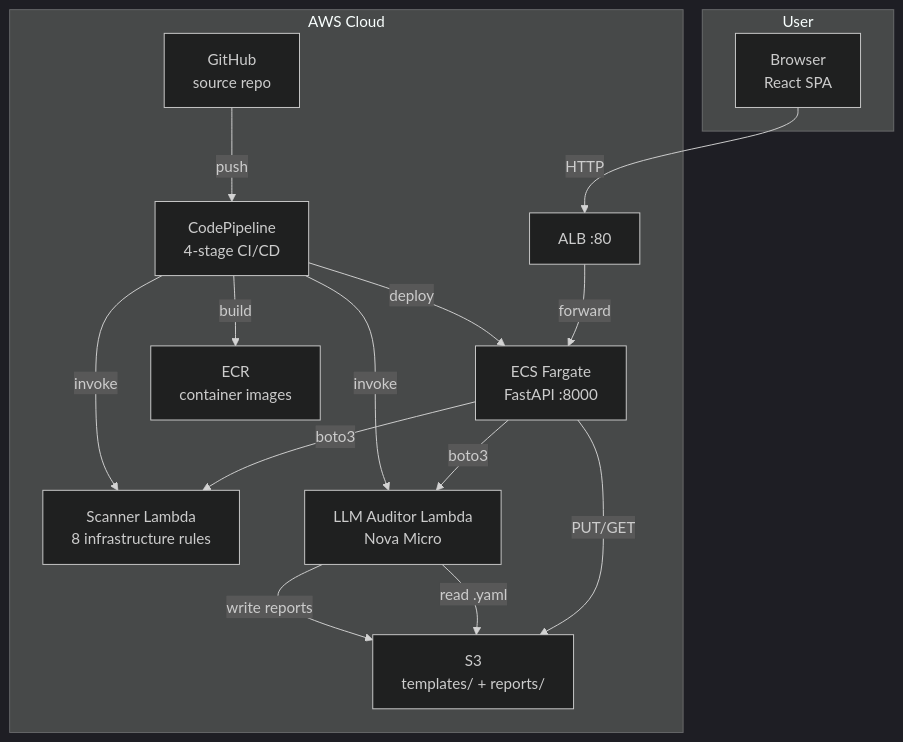
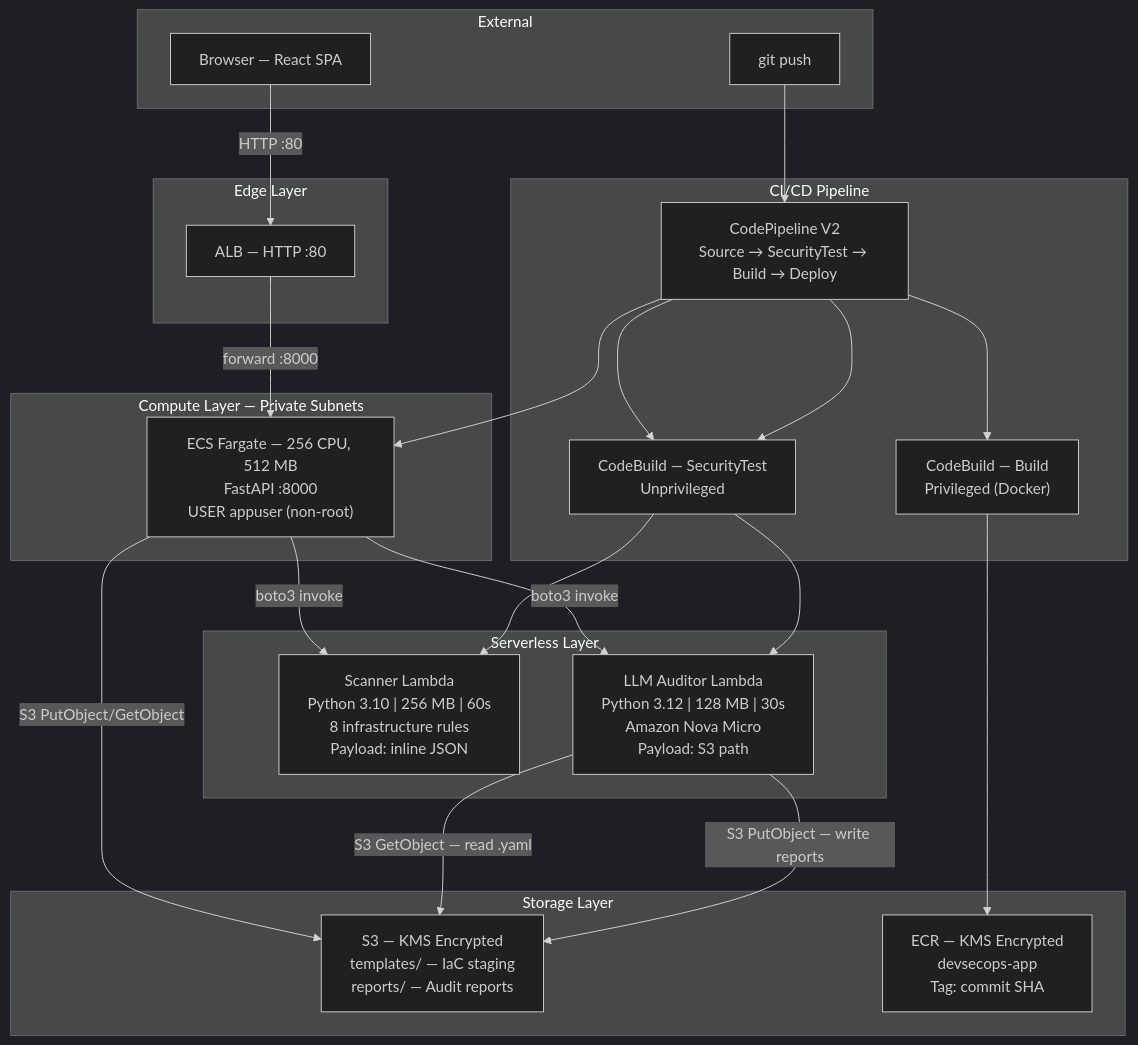
One commit to WongChinPang/DevSecOps-Pipeline changed the first of 6 diagrams in REPORT.md. Above: the diagram before and after it, drawn with Mermaid (dark theme). The commit also changed other lines of this file, not shown here.

Commit message:
docs: final corrected report — 6 sections, 18 tables, 6 diagrams, third-person, all facts verified against codebase

````diff
--- a/REPORT.md
+++ b/REPORT.md
@@ -16,27 +104,38 @@
 ```mermaid
 graph TB
-    subgraph User["User"]
-        Browser["Browser<br/>React SPA"]
+    subgraph External["External"]
+        Browser["Browser — React SPA"]
+        GitPush["git push"]
     end
-    subgraph AWS["AWS Cloud"]
-        ALB["ALB :80"]
-        ECS["ECS Fargate<br/>FastAPI :8000"]
-        Scanner["Scanner Lambda<br/>8 infrastructure rules"]
-        LLM["LLM Auditor Lambda<br/>Nova Micro"]
-        S3["S3<br/>templates/ + reports/"]
-        ECR["ECR<br/>container images"]
-        Pipeline["CodePipeline<br/>4-stage CI/CD"]
-        GitHub["GitHub<br/>source repo"]
+    subgraph Edge["Edge Layer"]
+        ALB["ALB — HTTP :80"]
     end
-    Browser -->|"HTTP"| ALB -->|"forward"| ECS
-    ECS -->|"boto3"| Scanner
-    ECS -->|"boto3"| LLM
-    ECS -->|"PUT/GET"| S3
-    LLM -->|"read .yaml"| S3
-    LLM -->|"write reports"| S3
-    GitHub -->|"push"| Pipeline
-    Pipeline -->|"build"| ECR
-    Pipeline -->|"deploy"| ECS
-    Pipeline -->|"invoke"| Scanner
-    Pipeline -->|"invoke"| LLM
+    subgraph Compute["Compute Layer — Private Subnets"]
+        ECS["ECS Fargate — 256 CPU, 512 MB<br/>FastAPI :8000<br/>USER appuser (non-root)"]
+    end
+    subgraph Serverless["Serverless Layer"]
+        Scanner["Scanner Lambda<br/>Python 3.10 | 256 MB | 60s<br/>8 infrastructure rules<br/>Payload: inline JSON"]
+        LLM["LLM Auditor Lambda<br/>Python 3.12 | 128 MB | 30s<br/>Amazon Nova Micro<br/>Payload: S3 path"]
+    end
+    subgraph Storage["Storage Layer"]
+        S3["S3 — KMS Encrypted<br/>templates/ — IaC staging<br/>reports/ — Audit reports"]
+        ECR["ECR — KMS Encrypted<br/>devsecops-app<br/>Tag: commit SHA"]
+    end
+    subgraph Pipeline["CI/CD Pipeline"]
+        CP["CodePipeline V2<br/>Source → SecurityTest → Build → Deploy"]
+        CB1["CodeBuild — SecurityTest<br/>Unprivileged"]
+        CB2["CodeBuild — Build<br/>Privileged (Docker)"]
+    end
+
+    Browser -->|"HTTP :80"| ALB -->|"forward :8000"| ECS
+    ECS -->|"boto3 invoke"| Scanner
+    ECS -->|"boto3 invoke"| LLM
+    ECS -->|"S3 PutObject/GetObject"| S3
+    LLM -->|"S3 GetObject — read .yaml"| S3
+    LLM -->|"S3 PutObject — write reports"| S3
+    GitPush --> CP
+    CP --> CB1 --> Scanner
+    CP --> CB1 --> LLM
+    CP --> CB2 --> ECR
+    CP --> ECS
 ```
````
